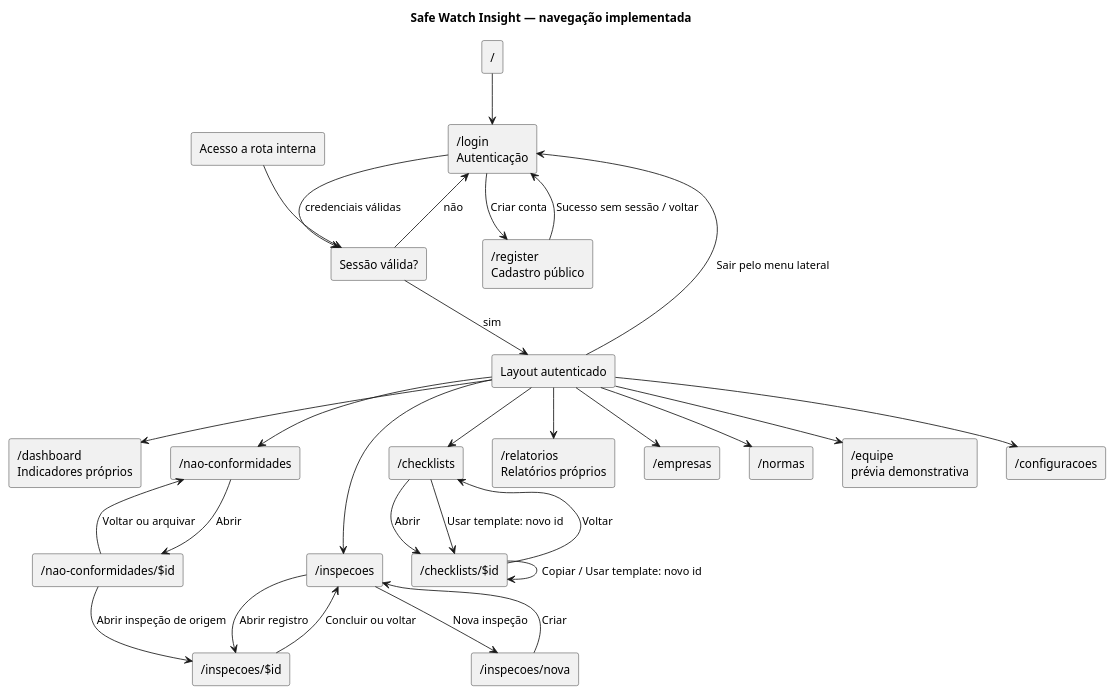
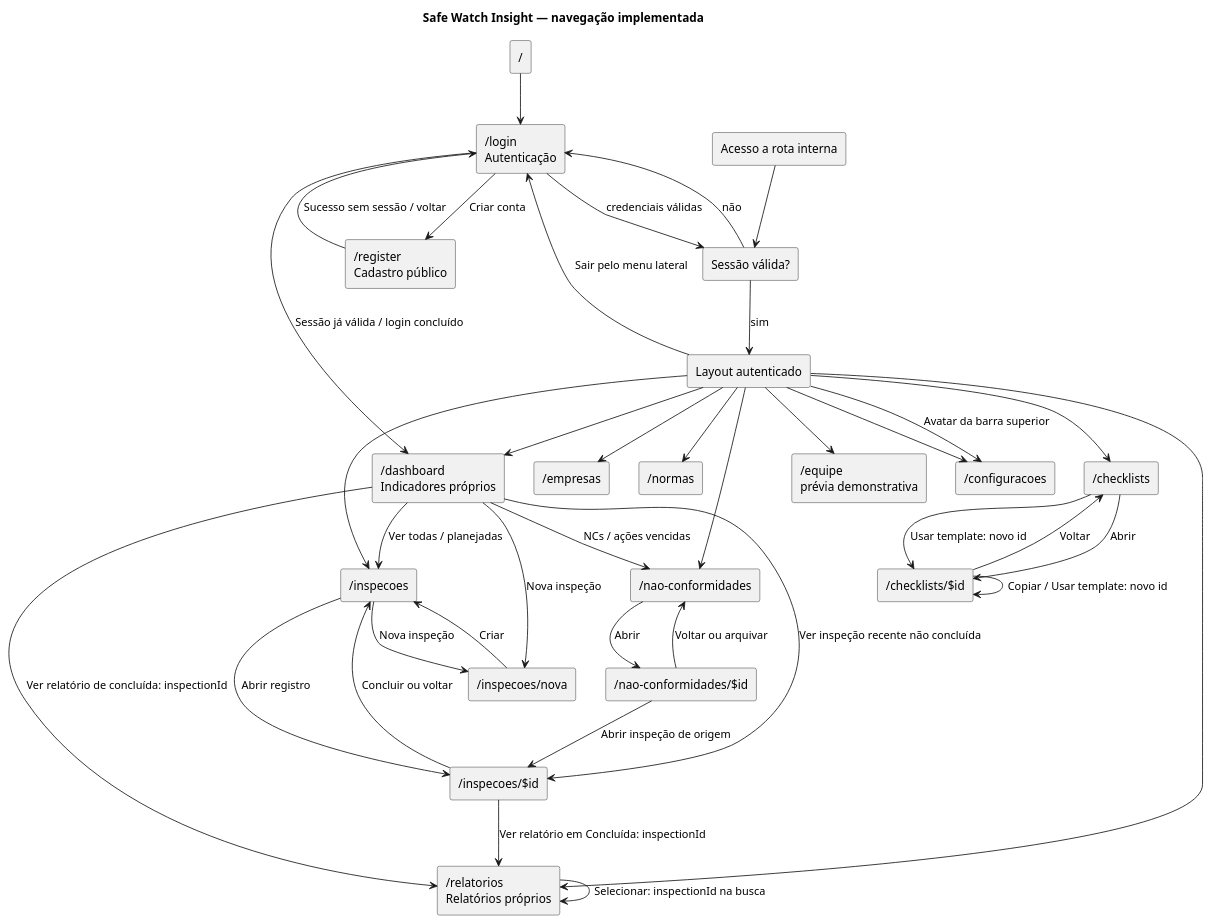
One commit to PedroVitor237/safe-watch-insight changed the diagram in Documentation/diagrams/flows/navigation.puml. Above: the diagram before and after it, drawn with PlantUML. The commit also changed 7 other files, not shown here.

```diff
--- a/Documentation/diagrams/flows/navigation.puml
+++ b/Documentation/diagrams/flows/navigation.puml
@@ -1,52 +1,61 @@
 @startuml
 ' Equivalente ao Mermaid de MAPA_DE_NAVEGACAO.md.
 title Safe Watch Insight — navegação implementada
 top to bottom direction
 rectangle "/" as Root
 rectangle "/login\nAutenticação" as Login
 rectangle "/register\nCadastro público" as Register
 rectangle "Acesso a rota interna" as Internal
 rectangle "Sessão válida?" as Guard
 rectangle "Layout autenticado" as App
 rectangle "/dashboard\nIndicadores próprios" as Dashboard
 rectangle "/inspecoes" as Inspections
 rectangle "/checklists" as Checklists
 rectangle "/nao-conformidades" as NCs
 rectangle "/relatorios\nRelatórios próprios" as Reports
 rectangle "/empresas" as Companies
 rectangle "/normas" as Standards
 rectangle "/equipe\nprévia demonstrativa" as Team
 rectangle "/configuracoes" as Settings
 rectangle "/inspecoes/nova" as NewInspection
 rectangle "/inspecoes/$id" as Inspection
 rectangle "/checklists/$id" as Checklist
 rectangle "/nao-conformidades/$id" as NC
 Root --> Login
 Login --> Register : Criar conta
 Register --> Login : Sucesso sem sessão / voltar
 Login --> Guard : credenciais válidas
 Internal --> Guard
 Guard --> Login : não
 Guard --> App : sim
 App --> Dashboard
 App --> Inspections
 App --> Checklists
 App --> NCs
 App --> Reports
 App --> Companies
 App --> Standards
 App --> Team
 App --> Settings
 Inspections --> NewInspection : Nova inspeção
 NewInspection --> Inspections : Criar
 Inspections --> Inspection : Abrir registro
 Inspection --> Inspections : Concluir ou voltar
 Checklists --> Checklist : Abrir
 Checklist --> Checklists : Voltar
 Checklists --> Checklist : Usar template: novo id
 Checklist --> Checklist : Copiar / Usar template: novo id
 NCs --> NC : Abrir
 NC --> Inspection : Abrir inspeção de origem
 NC --> NCs : Voltar ou arquivar
+Login --> Dashboard : Sessão já válida / login concluído
+Dashboard --> NewInspection : Nova inspeção
+Dashboard --> Inspections : Ver todas / planejadas
+Dashboard --> Inspection : Ver inspeção recente não concluída
+Dashboard --> Reports : Ver relatório de concluída: inspectionId
+Dashboard --> NCs : NCs / ações vencidas
+Inspection --> Reports : Ver relatório em Concluída: inspectionId
+Reports --> Reports : Selecionar: inspectionId na busca
+App --> Settings : Avatar da barra superior
 App --> Login : Sair pelo menu lateral
 @enduml
```
